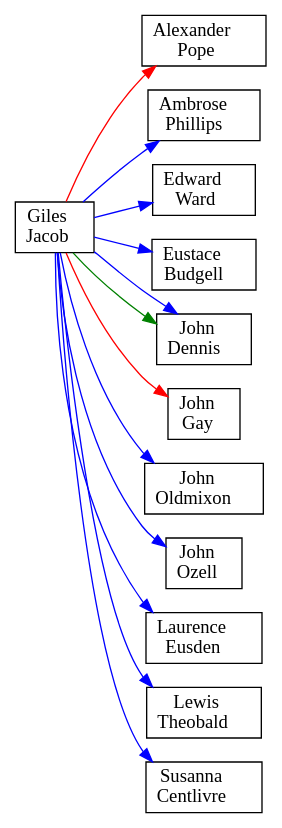
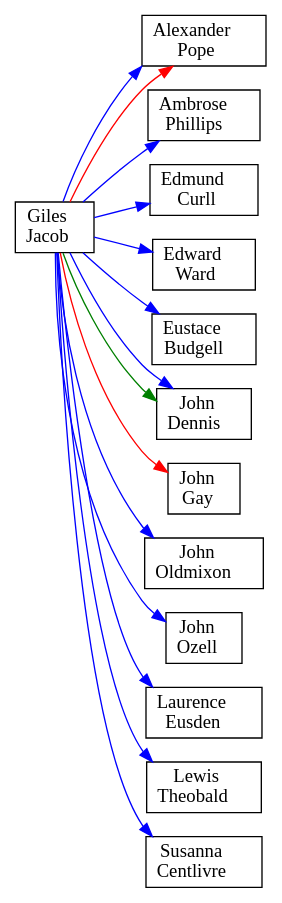
Before and after one commit to ontoligent/dunciad: the diagram in images/GILES_JACOB.dot, drawn with Graphviz. The commit also changed 79 other files, not shown here.

```diff
--- a/images/GILES_JACOB.dot
+++ b/images/GILES_JACOB.dot
@@ -1,28 +1,31 @@
 digraph G {
 rankdir=LR
-node [shape=rect]
+node [shape=rect overlap=false]
 ALEXANDER_POPE [label=< Alexander<br/>Pope >]
 AMBROSE_PHILLIPS [label=< Ambrose<br/>Phillips >]
+EDMUND_CURLL [label=< Edmund<br/>Curll >]
 EDWARD_WARD [label=< Edward<br/>Ward >]
 EUSTACE_BUDGELL [label=< Eustace<br/>Budgell >]
 GILES_JACOB [label=< Giles<br/>Jacob >]
 JOHN_DENNIS [label=< John<br/>Dennis >]
 JOHN_GAY [label=< John<br/>Gay >]
 JOHN_OLDMIXON [label=< John<br/>Oldmixon >]
 JOHN_OZELL [label=< John<br/>Ozell >]
 LAURENCE_EUSDEN [label=< Laurence<br/>Eusden >]
 LEWIS_THEOBALD [label=< Lewis<br/>Theobald >]
 SUSANNA_CENTLIVRE [label=< Susanna<br/>Centlivre >]
 GILES_JACOB -> ALEXANDER_POPE [color=red weight=16]
+GILES_JACOB -> ALEXANDER_POPE [color=blue weight=1]
 GILES_JACOB -> AMBROSE_PHILLIPS [color=blue weight=1]
+GILES_JACOB -> EDMUND_CURLL [color=blue weight=1]
 GILES_JACOB -> EDWARD_WARD [color=blue weight=1]
 GILES_JACOB -> EUSTACE_BUDGELL [color=blue weight=1]
 GILES_JACOB -> JOHN_DENNIS [color=green weight=4]
 GILES_JACOB -> JOHN_DENNIS [color=blue weight=4]
 GILES_JACOB -> JOHN_GAY [color=red weight=1]
 GILES_JACOB -> JOHN_OLDMIXON [color=blue weight=1]
 GILES_JACOB -> JOHN_OZELL [color=blue weight=4]
 GILES_JACOB -> LAURENCE_EUSDEN [color=blue weight=1]
 GILES_JACOB -> LEWIS_THEOBALD [color=blue weight=1]
 GILES_JACOB -> SUSANNA_CENTLIVRE [color=blue weight=1]
 }
```
